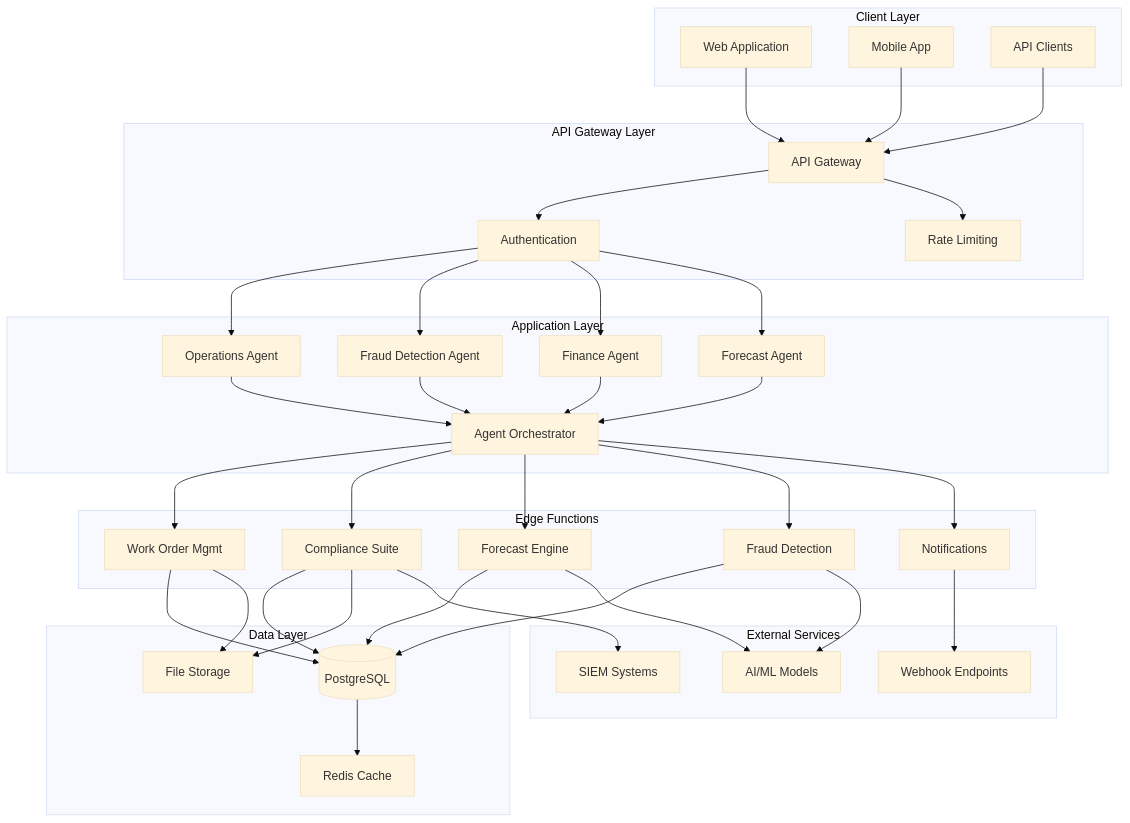
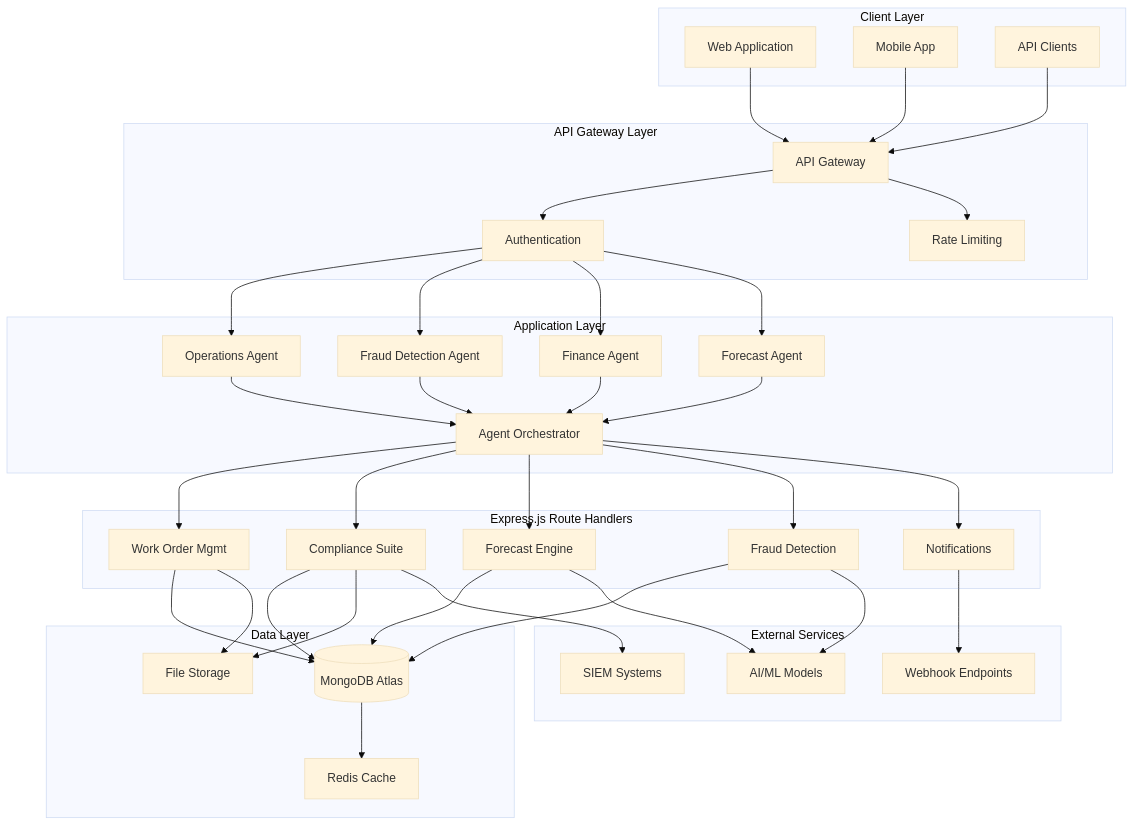
Before and after one commit to Recon-X2025/guardian-flow: the first of 11 diagrams in docs/ARCHITECTURE_SYSTEM_DESIGN_2025-11-01.md, drawn with Mermaid (base theme). The commit also changed other lines of this file and 361 other files, not shown here.

````diff
--- a/docs/ARCHITECTURE_SYSTEM_DESIGN_2025-11-01.md
+++ b/docs/ARCHITECTURE_SYSTEM_DESIGN_2025-11-01.md
@@ -45,81 +45,81 @@
 ```mermaid
 graph TB
     subgraph "Client Layer"
         WEB[Web Application]
         MOBILE[Mobile App]
         API_CLIENT[API Clients]
     end
     
     subgraph "API Gateway Layer"
         GATEWAY[API Gateway]
         AUTH[Authentication]
         RATE[Rate Limiting]
     end
     
     subgraph "Application Layer"
         AGENT_OPS[Operations Agent]
         AGENT_FRAUD[Fraud Detection Agent]
         AGENT_FINANCE[Finance Agent]
         AGENT_FORECAST[Forecast Agent]
         ORCHESTRATOR[Agent Orchestrator]
     end
     
-    subgraph "Edge Functions"
+    subgraph "Express.js Route Handlers"
         WO_MGT[Work Order Mgmt]
         COMPLIANCE[Compliance Suite]
         FORECAST_ENGINE[Forecast Engine]
         FRAUD_DETECT[Fraud Detection]
         NOTIFY[Notifications]
     end
     
     subgraph "Data Layer"
-        POSTGRES[(PostgreSQL)]
+        POSTGRES[(MongoDB Atlas)]
         STORAGE[File Storage]
         CACHE[Redis Cache]
     end
     
     subgraph "External Services"
         AI_MODELS[AI/ML Models]
         SIEM[SIEM Systems]
         WEBHOOKS[Webhook Endpoints]
     end
     
     WEB --> GATEWAY
     MOBILE --> GATEWAY
     API_CLIENT --> GATEWAY
     
     GATEWAY --> AUTH
     GATEWAY --> RATE
     
     AUTH --> AGENT_OPS
     AUTH --> AGENT_FRAUD
     AUTH --> AGENT_FINANCE
     AUTH --> AGENT_FORECAST
     
     AGENT_OPS --> ORCHESTRATOR
     AGENT_FRAUD --> ORCHESTRATOR
     AGENT_FINANCE --> ORCHESTRATOR
     AGENT_FORECAST --> ORCHESTRATOR
     
     ORCHESTRATOR --> WO_MGT
     ORCHESTRATOR --> COMPLIANCE
     ORCHESTRATOR --> FORECAST_ENGINE
     ORCHESTRATOR --> FRAUD_DETECT
     ORCHESTRATOR --> NOTIFY
     
     WO_MGT --> POSTGRES
     COMPLIANCE --> POSTGRES
     FORECAST_ENGINE --> POSTGRES
     FRAUD_DETECT --> POSTGRES
     
     WO_MGT --> STORAGE
     COMPLIANCE --> STORAGE
     
     FRAUD_DETECT --> AI_MODELS
     FORECAST_ENGINE --> AI_MODELS
     
     COMPLIANCE --> SIEM
     NOTIFY --> WEBHOOKS
     
     POSTGRES --> CACHE
 ```
````
